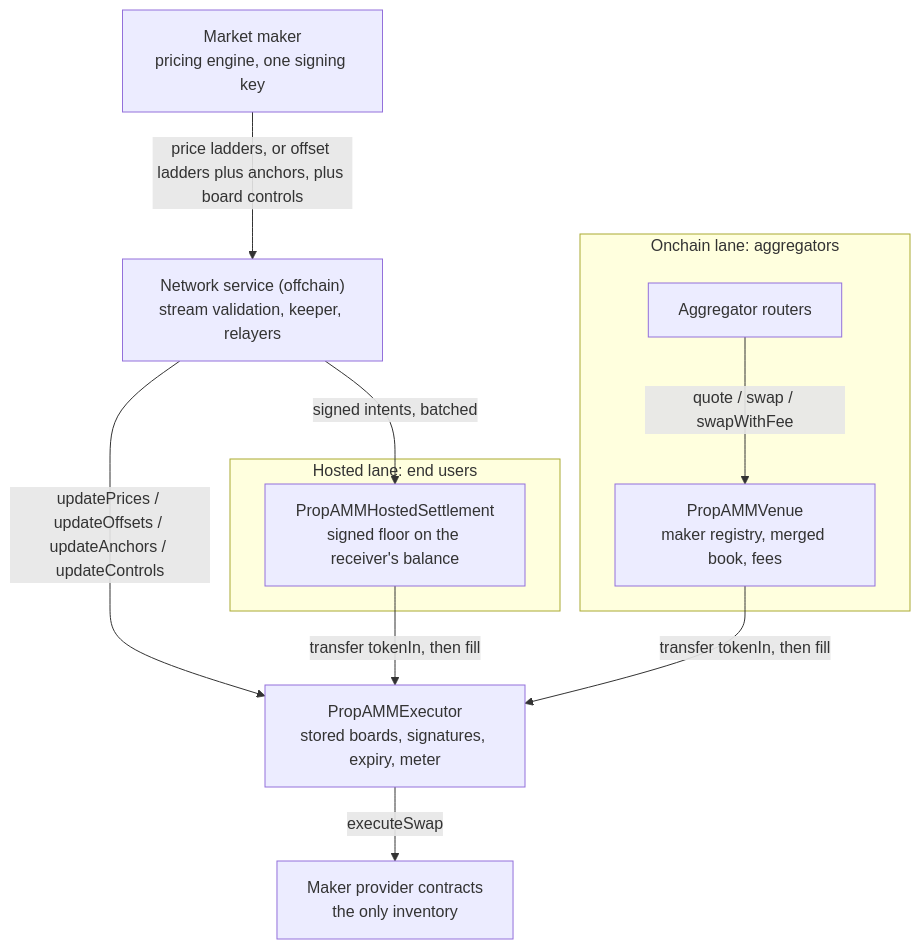
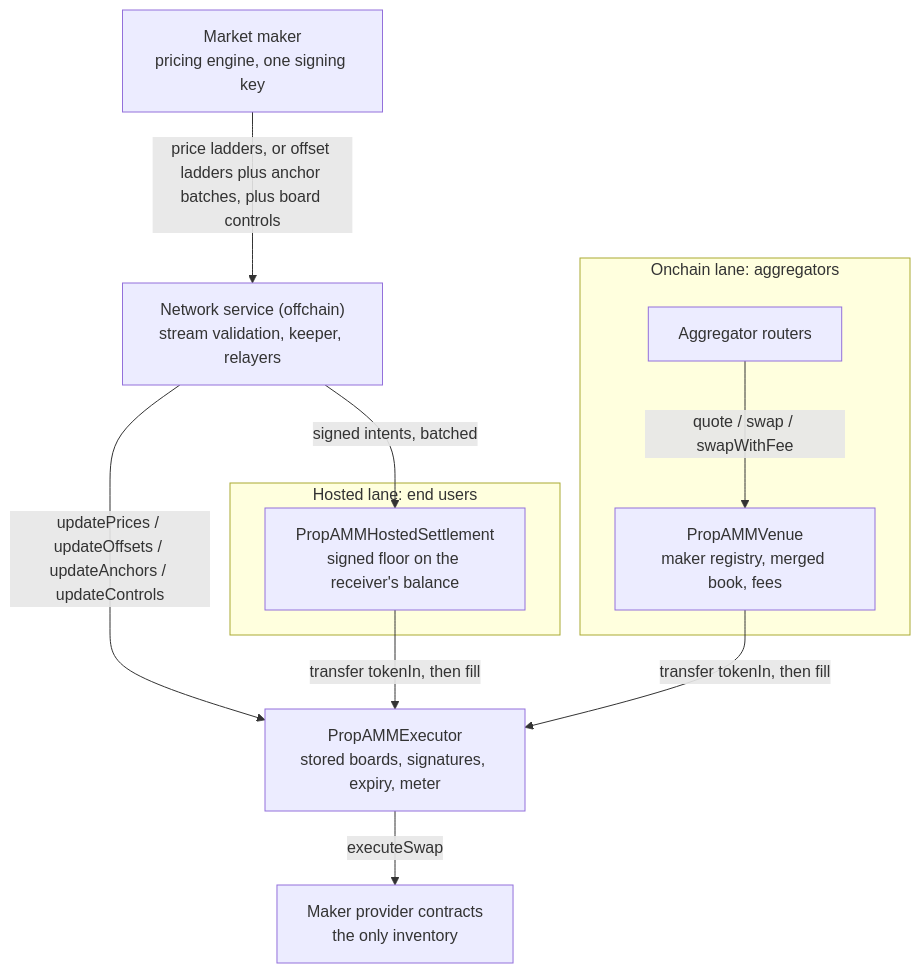
The first of 4 diagrams in docs/architecture.md (bcnmy/propamm-protocol-docs), drawn with Mermaid before and after one commit. The commit also changed other lines of this file and 6 other files, not shown here.

Commit message:
Gen3 anchors, IPropAMM venue, API key and /v1/ws endpoint

````diff
--- a/docs/architecture.md
+++ b/docs/architecture.md
@@ -9,18 +9,18 @@
 ```mermaid
 flowchart TD
-    MM["Market maker<br/>pricing engine, one signing key"] -->|"price ladders, or offset ladders plus anchors, plus board controls"| NET["Network service (offchain)<br/>stream validation, keeper, relayers"]
+    MM["Market maker<br/>pricing engine, one signing key"] -->|"price ladders, or offset ladders plus anchor batches, plus board controls"| NET["Network service (offchain)<br/>stream validation, keeper, relayers"]
     NET -->|"updatePrices / updateOffsets / updateAnchors / updateControls"| EXE
 
     subgraph HOSTED["Hosted lane: end users"]
         HS["PropAMMHostedSettlement<br/>signed floor on the receiver's balance"]
     end
 
     subgraph ONCHAIN["Onchain lane: aggregators"]
         RTR["Aggregator routers"] -->|"quote / swap / swapWithFee"| VEN["PropAMMVenue<br/>maker registry, merged book, fees"]
     end
 
     NET -->|"signed intents, batched"| HS
     HS -->|"transfer tokenIn, then fill"| EXE["PropAMMExecutor<br/>stored boards, signatures, expiry, meter"]
     VEN -->|"transfer tokenIn, then fill"| EXE
     EXE -->|"executeSwap"| PROV["Maker provider contracts<br/>the only inventory"]
 ```
````
